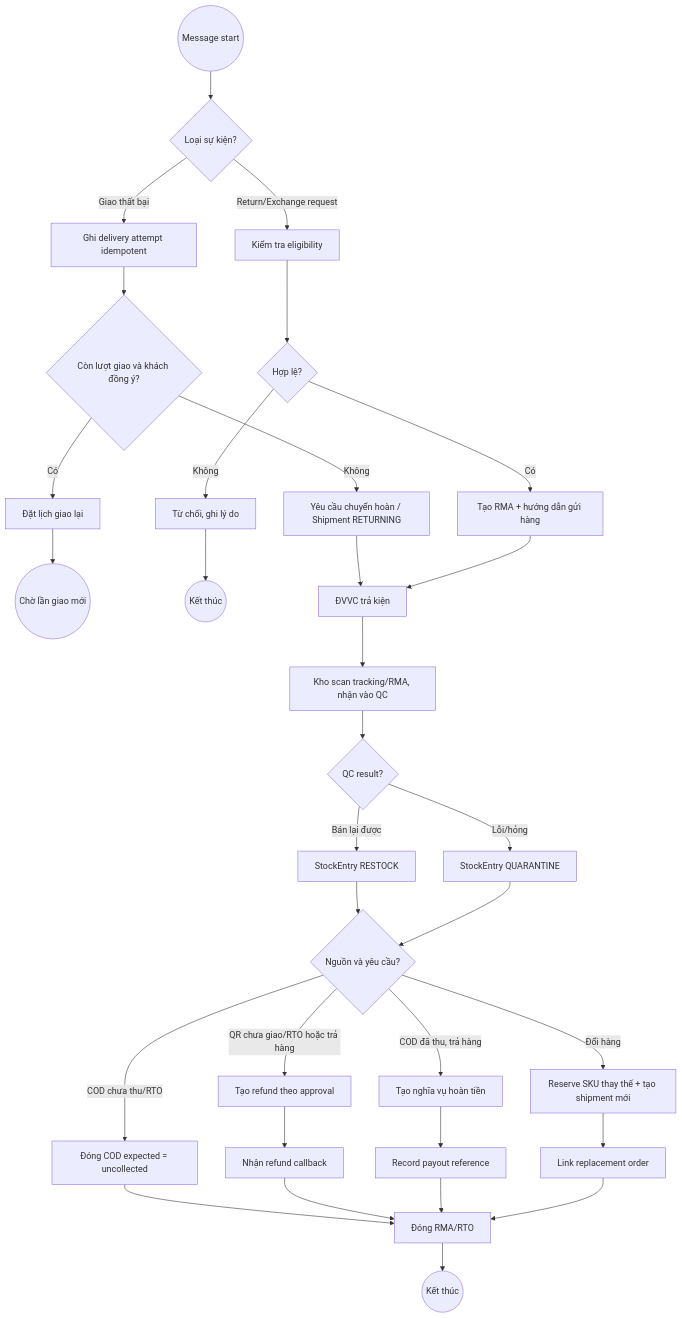
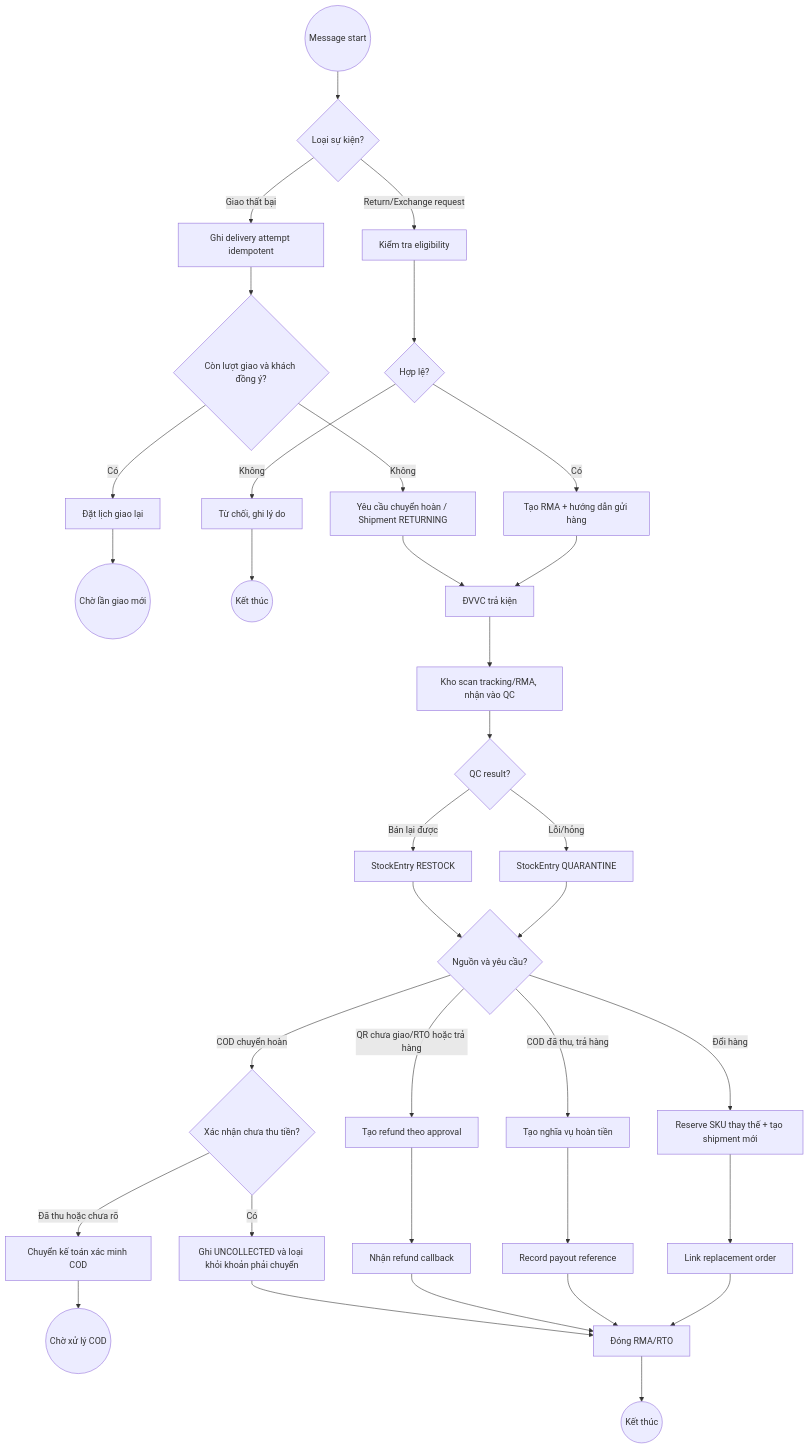
One commit to Tngoclinh/sme-o2c-system changed the diagram in diagrams/bpmn_02_failed_delivery_return.mmd. Above: the diagram before and after it, drawn with Mermaid. The commit also changed 14 other files, not shown here.

Commit message:
docs: align architecture roadmap and COD workflows

```diff
--- a/diagrams/bpmn_02_failed_delivery_return.mmd
+++ b/diagrams/bpmn_02_failed_delivery_return.mmd
@@ -1,30 +1,33 @@
 flowchart TD
   E0((Message start)) --> G0{Loại sự kiện?}
   G0 -- Giao thất bại --> A1[Ghi delivery attempt idempotent]
   A1 --> G1{Còn lượt giao và khách đồng ý?}
   G1 -- Có --> A2[Đặt lịch giao lại] --> Ea((Chờ lần giao mới))
   G1 -- Không --> A3[Yêu cầu chuyển hoàn / Shipment RETURNING]
   G0 -- Return/Exchange request --> B1[Kiểm tra eligibility]
   B1 --> G2{Hợp lệ?}
   G2 -- Không --> Bx[Từ chối, ghi lý do] --> Ex((Kết thúc))
   G2 -- Có --> B2[Tạo RMA + hướng dẫn gửi hàng]
   A3 --> C1[ĐVVC trả kiện]
   B2 --> C1
   C1 --> C2[Kho scan tracking/RMA, nhận vào QC]
   C2 --> G3{QC result?}
   G3 -- Bán lại được --> C3[StockEntry RESTOCK]
   G3 -- Lỗi/hỏng --> C4[StockEntry QUARANTINE]
   C3 --> G4{Nguồn và yêu cầu?}
   C4 --> G4
   G4 -- QR chưa giao/RTO hoặc trả hàng --> D1[Tạo refund theo approval]
   G4 -- COD đã thu, trả hàng --> D2[Tạo nghĩa vụ hoàn tiền]
   G4 -- Đổi hàng --> D3[Reserve SKU thay thế + tạo shipment mới]
-  G4 -- COD chưa thu/RTO --> D4[Đóng COD expected = uncollected]
+  G4 -- COD chuyển hoàn --> D9{Xác nhận chưa thu tiền?}
+  D9 -- Có --> D4[Ghi UNCOLLECTED và loại khỏi khoản phải chuyển]
+  D9 -- Đã thu hoặc chưa rõ --> D10[Chuyển kế toán xác minh COD]
+  D10 --> Ef((Chờ xử lý COD))
   D1 --> D5[Nhận refund callback]
   D2 --> D6[Record payout reference]
   D3 --> D7[Link replacement order]
   D4 --> D8[Đóng RMA/RTO]
   D5 --> D8
   D6 --> D8
   D7 --> D8
   D8 --> Ee((Kết thúc))
```
